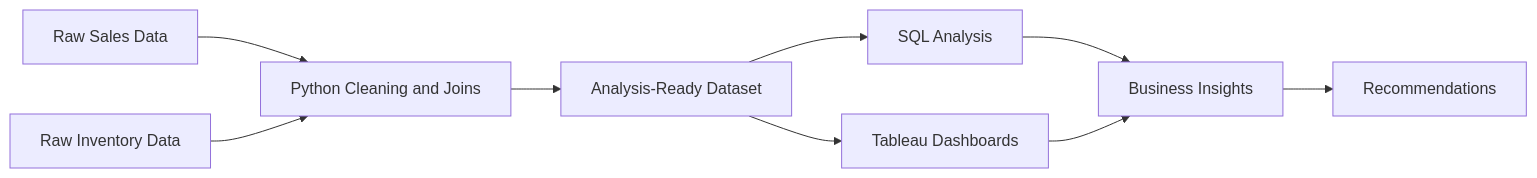
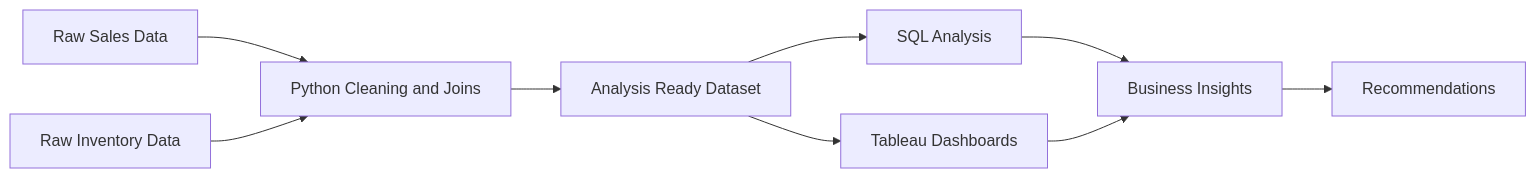
Before and after one commit to aditya-pandey-data/retail-sales-inventory-analysis: the diagram in README.md, drawn with Mermaid. The commit also changed other lines of this file, not shown here.

````diff
--- a/README.md
+++ b/README.md
@@ -103,11 +102,11 @@
 ```mermaid
-flowchart LR
+graph LR
     A[Raw Sales Data] --> C[Python Cleaning and Joins]
     B[Raw Inventory Data] --> C
-    C --> D[Analysis-Ready Dataset]
+    C --> D[Analysis Ready Dataset]
     D --> E[SQL Analysis]
     D --> F[Tableau Dashboards]
     E --> G[Business Insights]
     F --> G
     G --> H[Recommendations]
 ```
````
